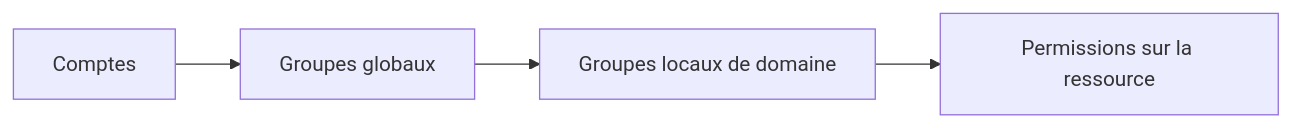
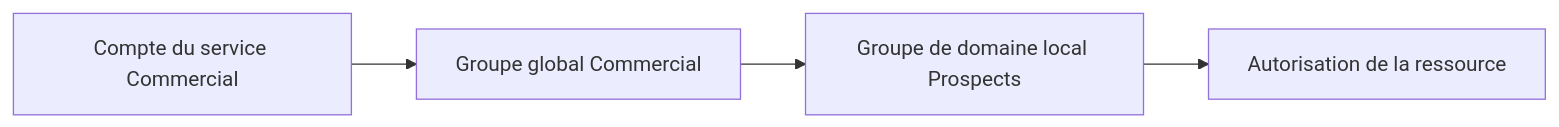
Before and after one commit to sk34pk25/tssr-cours: the diagram in docs/modules/09-services-reseaux-en-environnement-microsoft/module-02-module-02.md, drawn with Mermaid. The commit also changed other lines of this file and 259 other files, not shown here.

````diff
--- a/docs/modules/09-services-reseaux-en-environnement-microsoft/module-02-module-02.md
+++ b/docs/modules/09-services-reseaux-en-environnement-microsoft/module-02-module-02.md
@@ -40,4 +46,6 @@
 ```mermaid
 flowchart LR
- A["Comptes"] --> G["Groupes globaux"] --> DL["Groupes locaux de domaine"] --> P["Permissions sur la ressource"]
+    A["Compte du service Commercial"] --> G["Groupe global Commercial"]
+    G --> D["Groupe de domaine local Prospects"]
+    D --> P["Autorisation de la ressource"]
 ```
````
